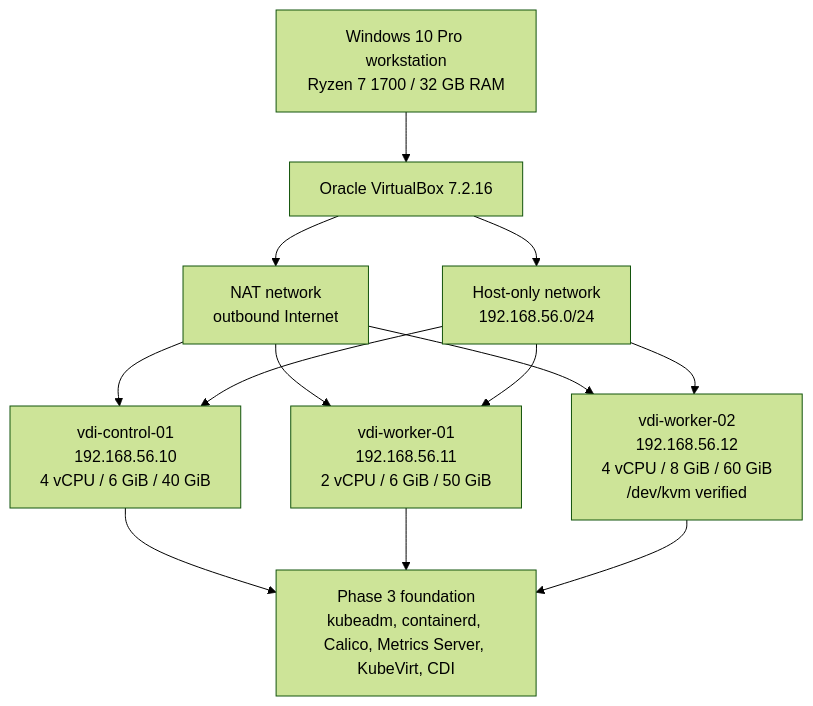
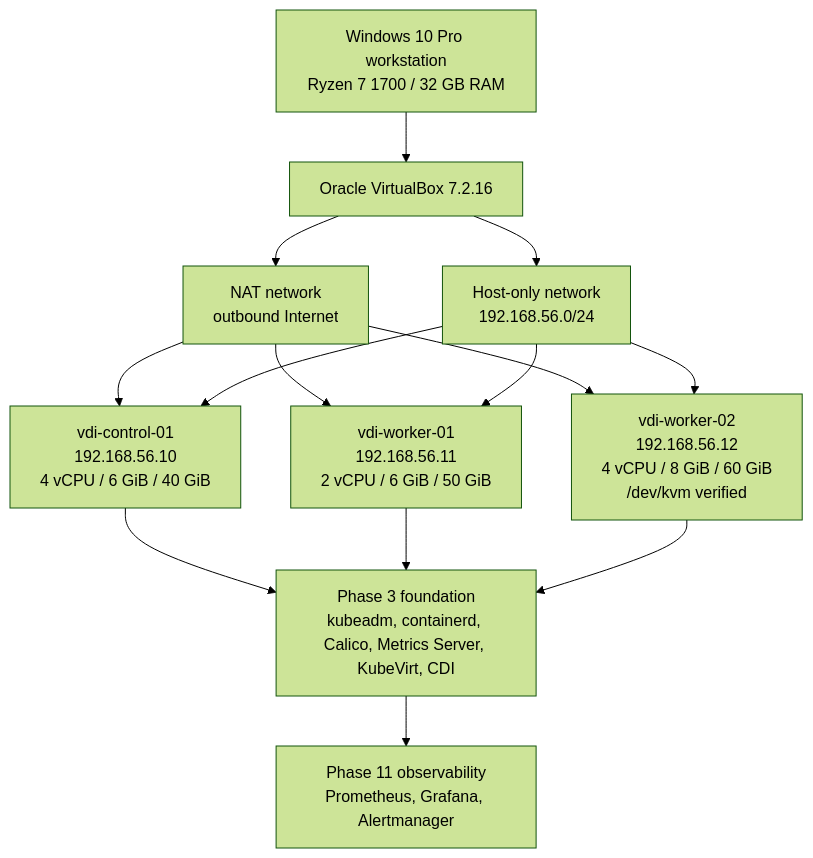
Before and after one commit to happelj/VDIForge: the third of 14 diagrams in docs/ARCHITECTURE.md, drawn with Mermaid (forest theme). The commit also changed other lines of this file and 56 other files, not shown here.

Commit message:
feat: add Prometheus and Grafana observability

````diff
--- a/docs/ARCHITECTURE.md
+++ b/docs/ARCHITECTURE.md
@@ -79,24 +80,26 @@
 ```mermaid
 flowchart TB
   HW[Windows 10 Pro workstation<br/>Ryzen 7 1700 / 32 GB RAM]
   VBox[Oracle VirtualBox 7.2.16]
   NAT[NAT network<br/>outbound Internet]
   HostOnly[Host-only network<br/>192.168.56.0/24]
   CP[vdi-control-01<br/>192.168.56.10<br/>4 vCPU / 6 GiB / 40 GiB]
   W1[vdi-worker-01<br/>192.168.56.11<br/>2 vCPU / 6 GiB / 50 GiB]
   W2[vdi-worker-02<br/>192.168.56.12<br/>4 vCPU / 8 GiB / 60 GiB<br/>/dev/kvm verified]
   Cluster[Phase 3 foundation<br/>kubeadm, containerd, Calico, Metrics Server, KubeVirt, CDI]
+  Observability[Phase 11 observability<br/>Prometheus, Grafana, Alertmanager]
 
   HW --> VBox
   VBox --> NAT
   VBox --> HostOnly
   NAT --> CP
   NAT --> W1
   NAT --> W2
   HostOnly --> CP
   HostOnly --> W1
   HostOnly --> W2
   CP --> Cluster
   W1 --> Cluster
   W2 --> Cluster
+  Cluster --> Observability
 ```
````
